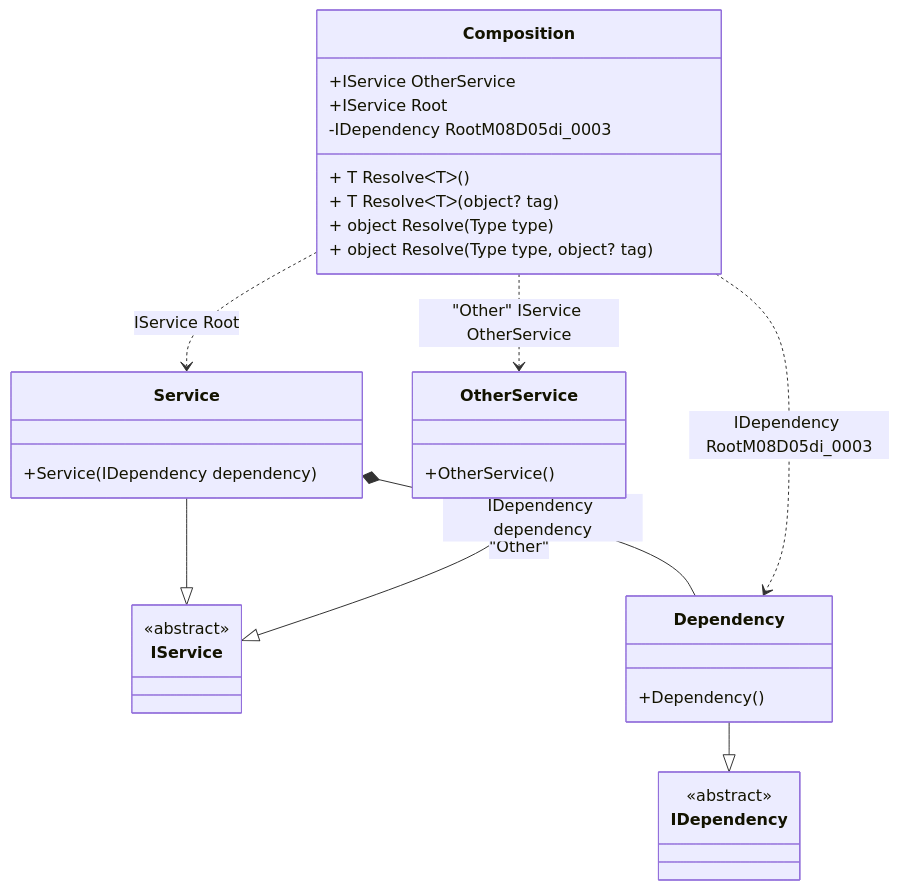
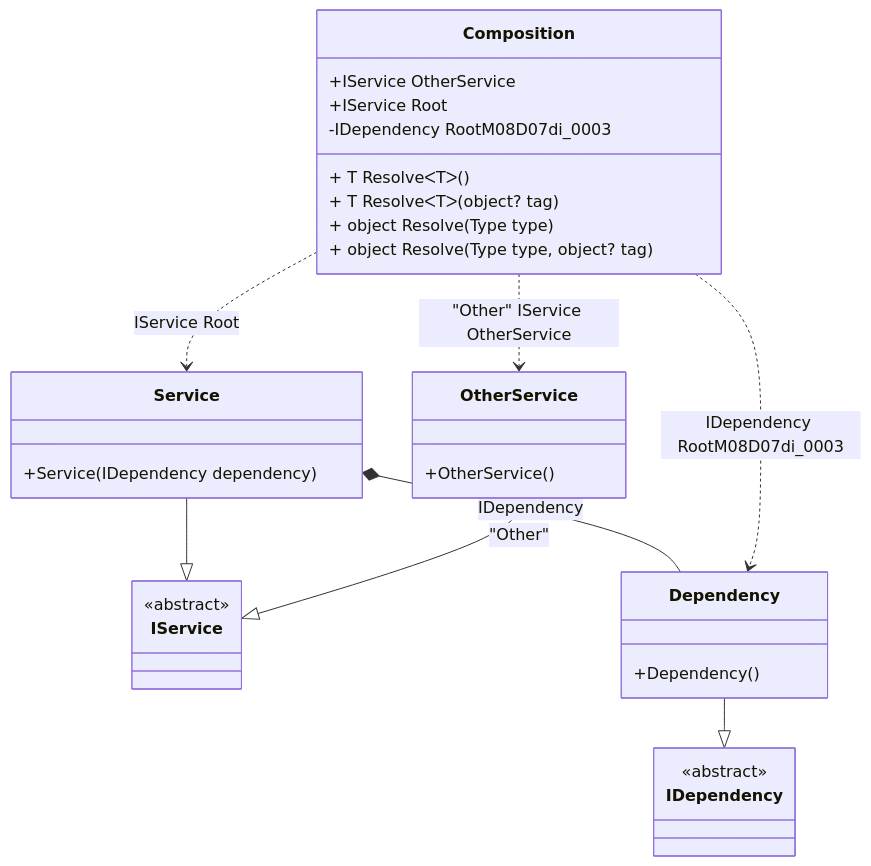
Before and after one commit to DevTeam/Pure.DI: the diagram in readme/composition-roots.md, drawn with Mermaid. The commit also changed other lines of this file and 84 other files, not shown here.

Commit message:
Supports the arguments of the root of the composition.

````diff
--- a/readme/composition-roots.md
+++ b/readme/composition-roots.md
@@ -45,34 +45,34 @@
 ```mermaid
 classDiagram
   class Composition {
     +IService OtherService
     +IService Root
-    -IDependency RootM08D05di_0003
+    -IDependency RootM08D07di_0003
     + T ResolveᐸTᐳ()
     + T ResolveᐸTᐳ(object? tag)
     + object Resolve(Type type)
     + object Resolve(Type type, object? tag)
   }
   Service --|> IService : 
   class Service {
     +Service(IDependency dependency)
   }
   OtherService --|> IService : "Other" 
   class OtherService {
     +OtherService()
   }
   Dependency --|> IDependency : 
   class Dependency {
     +Dependency()
   }
   class IService {
     <<abstract>>
   }
   class IDependency {
     <<abstract>>
   }
-  Service *--  Dependency : IDependency dependency
+  Service *--  Dependency : IDependency
   Composition ..> Service : IService Root
   Composition ..> OtherService : "Other" IService OtherService
-  Composition ..> Dependency : IDependency RootM08D05di_0003
+  Composition ..> Dependency : IDependency RootM08D07di_0003
 ```
````
